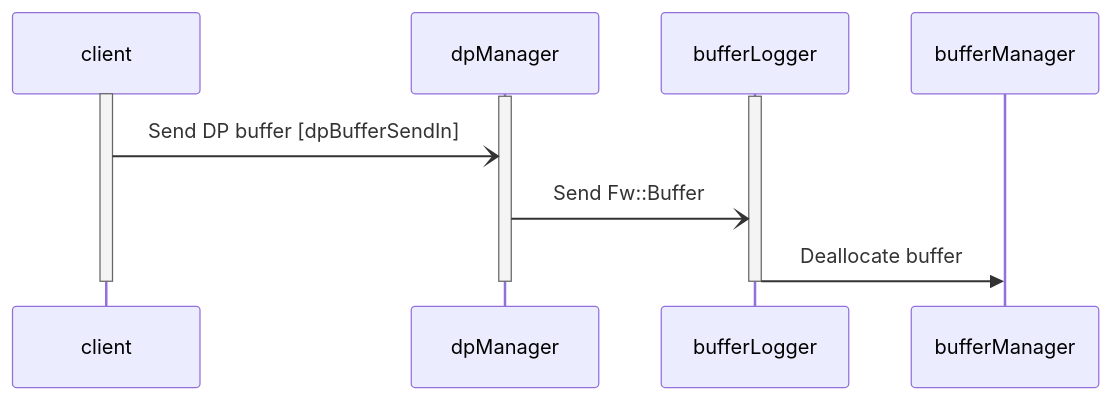
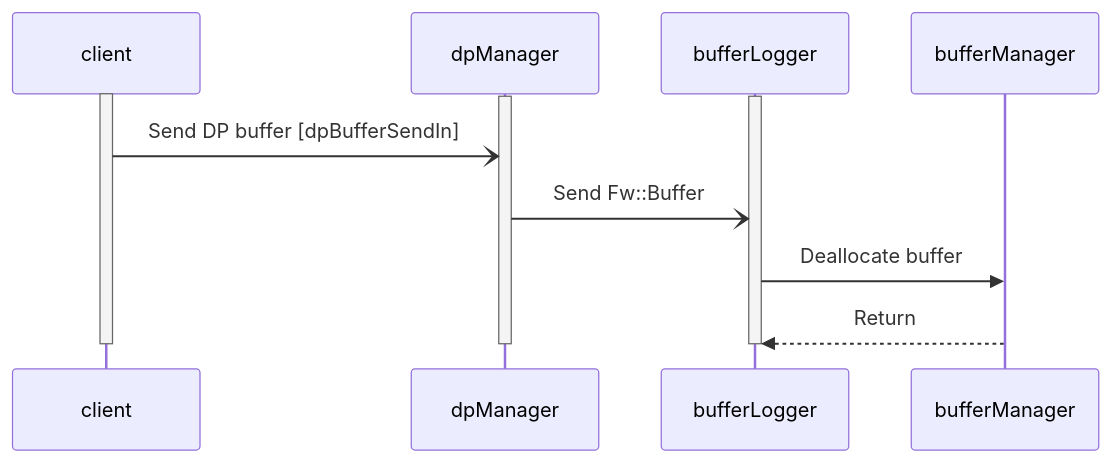
One commit to bocchino/fprime changed the second of 2 diagrams in Svc/DpManager/docs/sdd.md. Above: the diagram before and after it, drawn with Mermaid.

Commit message:
Revise DpManager SDD

````diff
--- a/Svc/DpManager/docs/sdd.md
+++ b/Svc/DpManager/docs/sdd.md
@@ -153,12 +153,13 @@
 ```mermaid
 sequenceDiagram
     activate client
     activate dpManager
     activate bufferLogger
     client-)dpManager: Send DP buffer [dpBufferSendIn]
     dpManager-)bufferLogger: Send Fw::Buffer
     bufferLogger->>bufferManager: Deallocate buffer
+    bufferManager-->>bufferLogger: Return
     deactivate bufferLogger
     deactivate dpManager
     deactivate client
 ```
````
